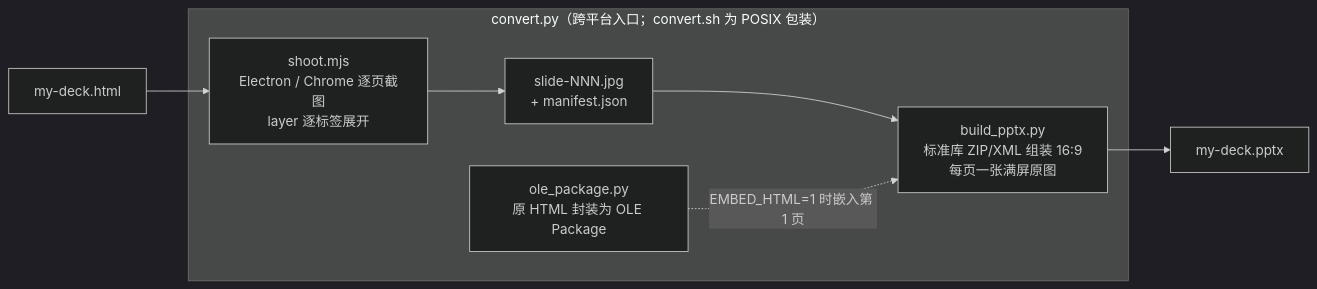
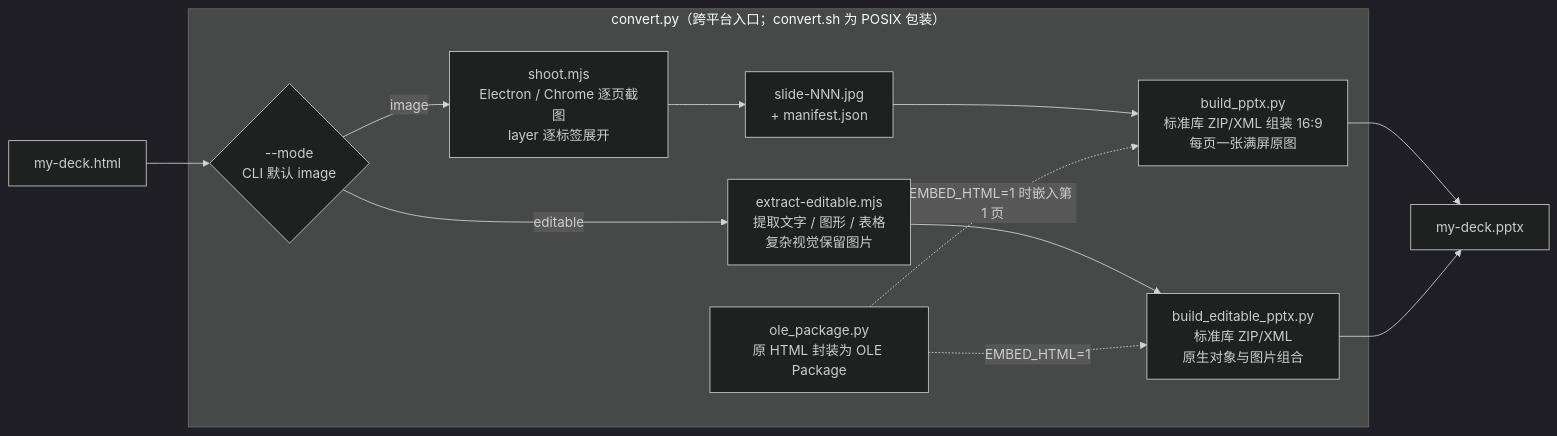
One commit to StyleAIPro/Nice-Deck changed the fourth of 8 diagrams in docs/architecture.md. Above: the diagram before and after it, drawn with Mermaid (dark theme). The commit also changed other lines of this file and 79 other files, not shown here.

Commit message:
feat: improve AICO-PPT editing reliability and editable PPTX export

````diff
--- a/docs/architecture.md
+++ b/docs/architecture.md
@@ -143,10 +143,15 @@
 ```mermaid
 flowchart LR
-    IN["my-deck.html"] --> SH
+    IN["my-deck.html"] --> MODE{"--mode<br/>CLI 默认 image"}
     subgraph CV ["convert.py（跨平台入口；convert.sh 为 POSIX 包装）"]
+        MODE -->|image| SH
+        MODE -->|editable| EX["extract-editable.mjs<br/>提取文字 / 图形 / 表格<br/>复杂视觉保留图片"]
+        EX --> EP["build_editable_pptx.py<br/>标准库 ZIP/XML<br/>原生对象与图片组合"]
         SH["shoot.mjs<br/>Electron / Chrome 逐页截图<br/>layer 逐标签展开"] --> IMG["slide-NNN.jpg<br/>+ manifest.json"]
         IMG --> BP["build_pptx.py<br/>标准库 ZIP/XML 组装 16:9<br/>每页一张满屏原图"]
         OLE["ole_package.py<br/>原 HTML 封装为 OLE Package"] -.->|"EMBED_HTML=1 时嵌入第 1 页"| BP
+        OLE -.->|"EMBED_HTML=1"| EP
     end
     BP --> OUT["my-deck.pptx"]
+    EP --> OUT
 ```
````
